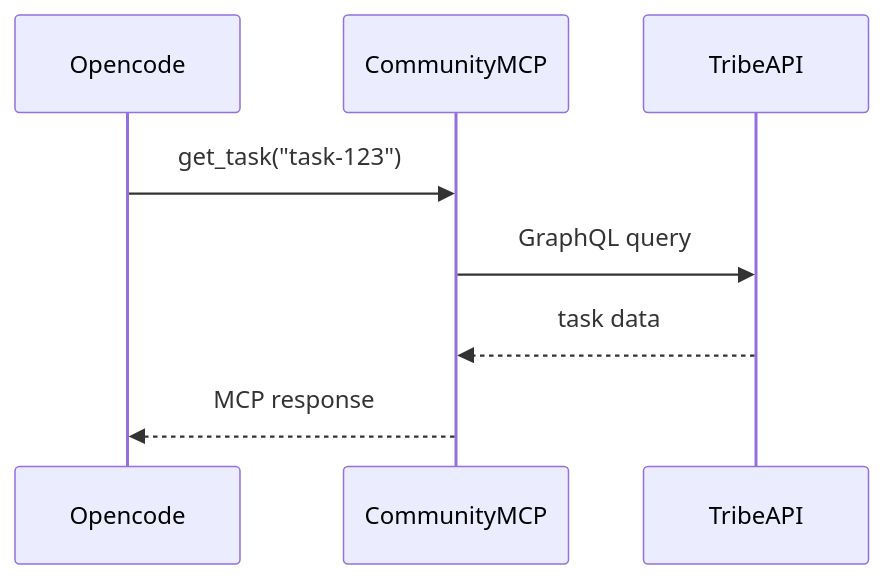
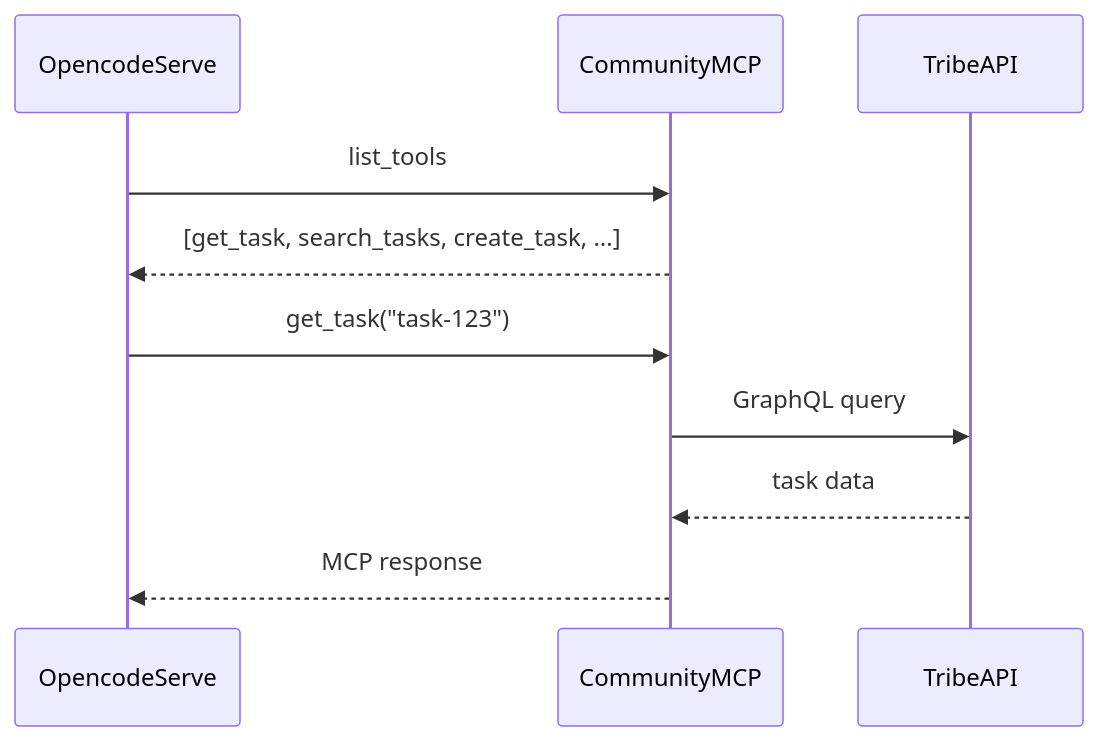
Before and after one commit to civilization-luch/tribe-docs: the diagram in docs/agent/community-mcp.md, drawn with Mermaid. The commit also changed other lines of this file and 3 other files, not shown here.

First line of the commit message:
Rebase Agent on opencode serve

````diff
--- a/docs/agent/community-mcp.md
+++ b/docs/agent/community-mcp.md
@@ -102,7 +122,9 @@
 ```mermaid
 sequenceDiagram
-    Opencode->>CommunityMCP: get_task("task-123")
+    OpencodeServe->>CommunityMCP: list_tools
+    CommunityMCP-->>OpencodeServe: [get_task, search_tasks, create_task, ...]
+    OpencodeServe->>CommunityMCP: get_task("task-123")
     CommunityMCP->>TribeAPI: GraphQL query
     TribeAPI-->>CommunityMCP: task data
-    CommunityMCP-->>Opencode: MCP response
+    CommunityMCP-->>OpencodeServe: MCP response
 ```
````
